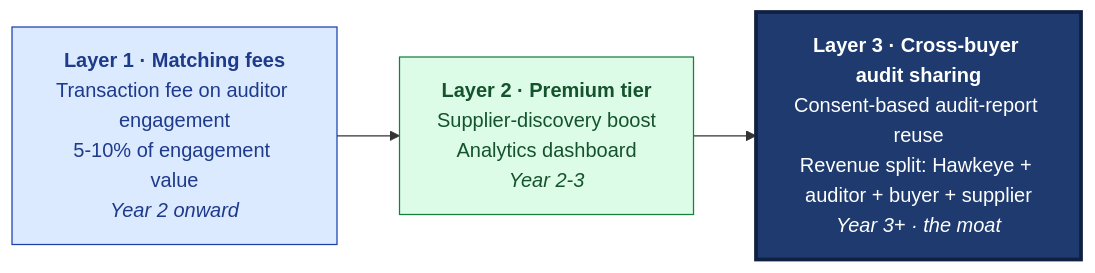
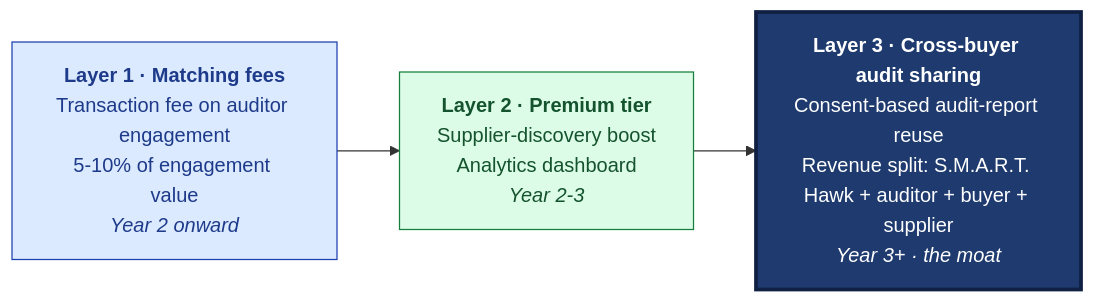
One commit to hawkeyetransact-dotcom/doc_v2 changed the eighth of 8 diagrams in 06-modules/marketplace/STORYBOOK.md. Above: the diagram before and after it, drawn with Mermaid. The commit also changed other lines of this file and 105 other files, not shown here.

First line of the commit message:
Rebrand docs: Hawkeye -> S.M.A.R.T. Hawk; S.M.A.R.T. five-pillar pipeline

````diff
--- a/06-modules/marketplace/STORYBOOK.md
+++ b/06-modules/marketplace/STORYBOOK.md
@@ -308,12 +308,12 @@
 ```mermaid
 flowchart LR
     classDef l1 fill:#DBEAFE,stroke:#1E40AF,color:#1E3A8A
     classDef l2 fill:#DCFCE7,stroke:#15803D,color:#14532D
     classDef l3 fill:#1E3A6E,stroke:#0F2042,color:#FFFFFF,stroke-width:3px
 
     L1["<b>Layer 1 · Matching fees</b><br/>Transaction fee on auditor engagement<br/>5-10% of engagement value<br/><i>Year 2 onward</i>"]:::l1
     L2["<b>Layer 2 · Premium tier</b><br/>Supplier-discovery boost<br/>Analytics dashboard<br/><i>Year 2-3</i>"]:::l2
-    L3["<b>Layer 3 · Cross-buyer audit sharing</b><br/>Consent-based audit-report reuse<br/>Revenue split: Hawkeye + auditor + buyer + supplier<br/><i>Year 3+ · the moat</i>"]:::l3
+    L3["<b>Layer 3 · Cross-buyer audit sharing</b><br/>Consent-based audit-report reuse<br/>Revenue split: S.M.A.R.T. Hawk + auditor + buyer + supplier<br/><i>Year 3+ · the moat</i>"]:::l3
 
     L1 --> L2 --> L3
 ```
````
